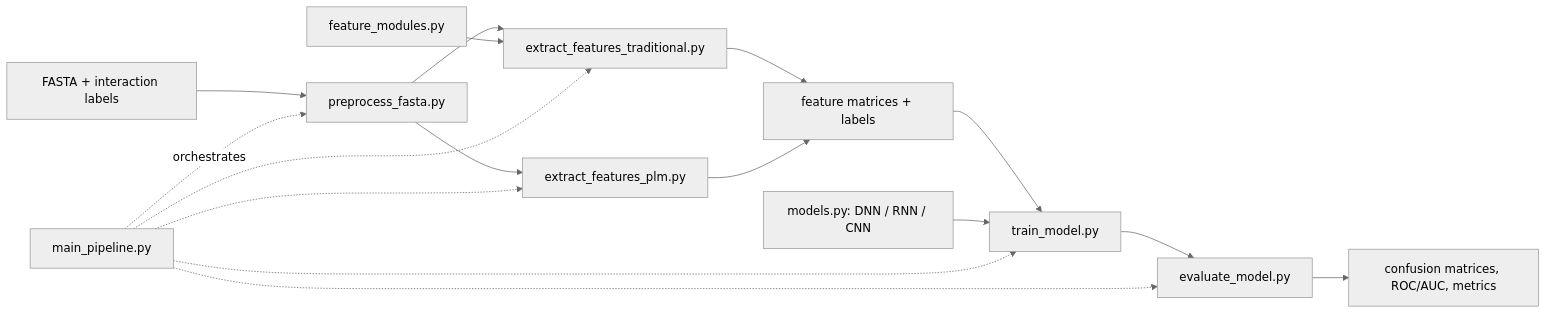
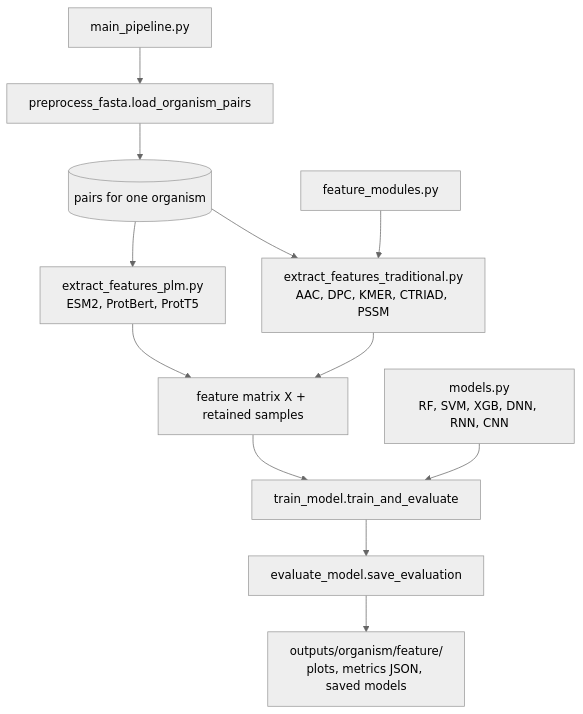
The diagram in docs/01_project_overview.md (HeizenbergAdeyemi/Comparative-Analysis-of-Protein-Feature-Extraction-for-Host-Pathogen-PPI-Prediction), drawn with Mermaid (neutral theme) before and after one commit. The commit also changed other lines of this file and 20 other files, not shown here.

````diff
--- a/docs/01_project_overview.md
+++ b/docs/01_project_overview.md
@@ -45,18 +47,14 @@
 ```mermaid
-flowchart LR
-    A[FASTA + interaction labels] --> B[preprocess_fasta.py]
-    B --> C[extract_features_traditional.py]
-    B --> D[extract_features_plm.py]
-    F[feature_modules.py] --> C
-    C --> E[feature matrices + labels]
-    D --> E
-    E --> G[train_model.py]
-    H[models.py: DNN / RNN / CNN] --> G
-    G --> I[evaluate_model.py]
-    I --> J[confusion matrices, ROC/AUC, metrics]
-    K[main_pipeline.py] -.orchestrates.-> B
-    K -.-> C
-    K -.-> D
-    K -.-> G
-    K -.-> I
+flowchart TD
+    M[main_pipeline.py] --> P[preprocess_fasta.load_organism_pairs]
+    P --> S[(pairs for one organism)]
+    S --> T[extract_features_traditional.py<br/>AAC, DPC, KMER, CTRIAD, PSSM]
+    S --> L[extract_features_plm.py<br/>ESM2, ProtBert, ProtT5]
+    F[feature_modules.py] --> T
+    T --> X[feature matrix X + retained samples]
+    L --> X
+    X --> TR[train_model.train_and_evaluate]
+    MO[models.py<br/>RF, SVM, XGB, DNN, RNN, CNN] --> TR
+    TR --> E[evaluate_model.save_evaluation]
+    E --> O[outputs/organism/feature/<br/>plots, metrics JSON, saved models]
 ```
````
